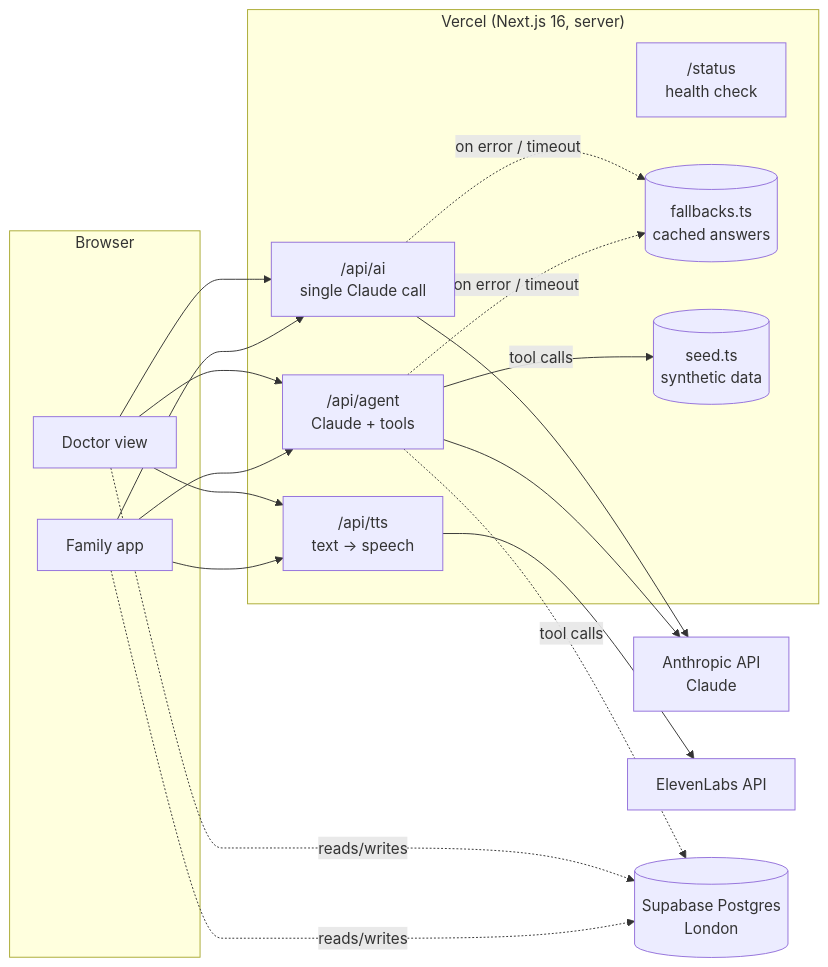
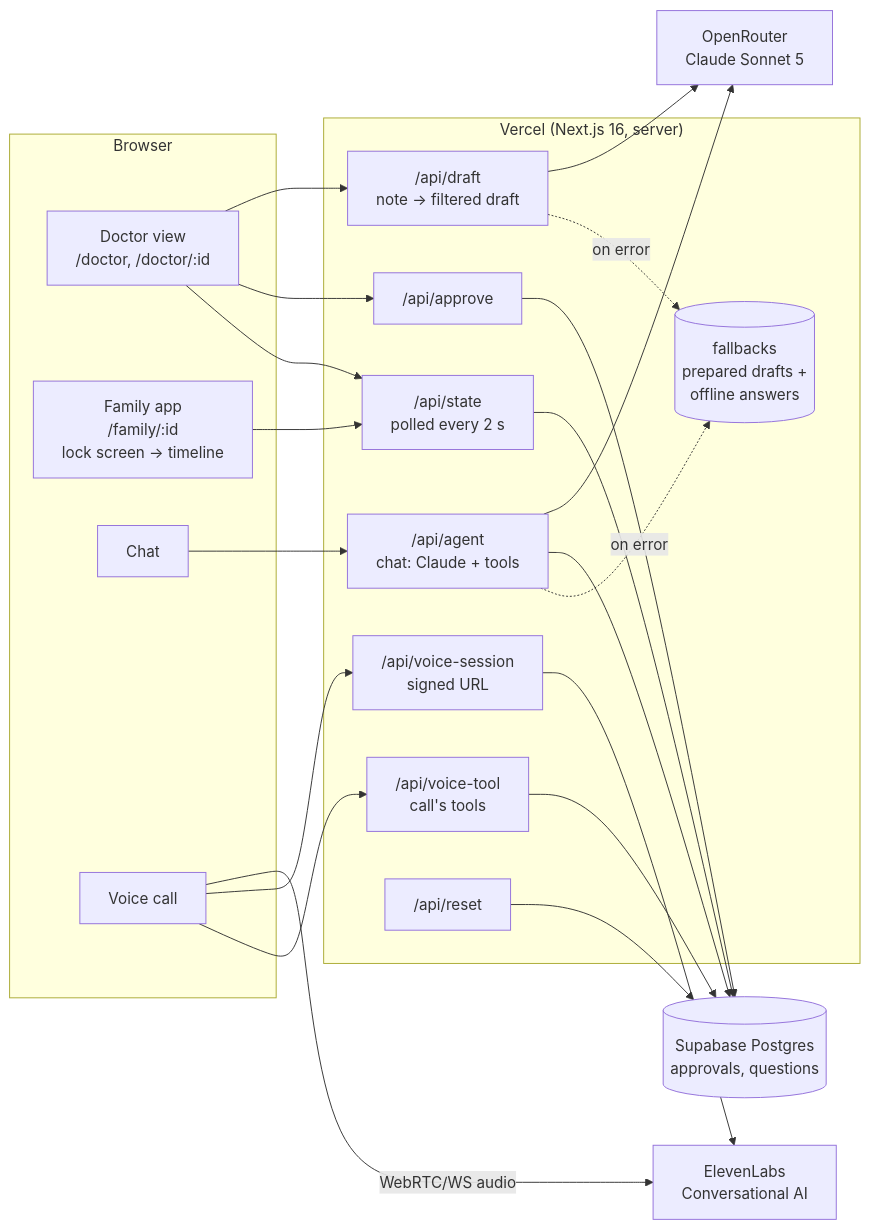
The diagram in docs/architecture.md (henrihorlitz/skyhack), drawn with Mermaid before and after one commit. The commit also changed other lines of this file and 1 other file, not shown here.

Commit message:
docs: README and architecture match the final build

````diff
--- a/docs/architecture.md
+++ b/docs/architecture.md
@@ -10,26 +10,32 @@
 ```mermaid
 flowchart LR
   subgraph Browser
-    D[Doctor view]
-    F[Family app]
+    D[Doctor view<br/>/doctor, /doctor/:id]
+    F[Family app<br/>/family/:id<br/>lock screen → timeline]
+    CH[Chat]
+    CA[Voice call]
   end
   subgraph Vercel["Vercel (Next.js 16, server)"]
-    AI["/api/ai<br/>single Claude call"]
-    AG["/api/agent<br/>Claude + tools"]
-    TTS["/api/tts<br/>text → speech"]
-    ST["/status<br/>health check"]
-    FB[("fallbacks.ts<br/>cached answers")]
-    SEED[("seed.ts<br/>synthetic data")]
+    DR["/api/draft<br/>note → filtered draft"]
+    AP["/api/approve"]
+    STt["/api/state<br/>polled every 2 s"]
+    AG["/api/agent<br/>chat: Claude + tools"]
+    VS["/api/voice-session<br/>signed URL"]
+    VT["/api/voice-tool<br/>call's tools"]
+    RS["/api/reset"]
+    FB[("fallbacks<br/>prepared drafts +<br/>offline answers")]
   end
-  C[Anthropic API<br/>Claude]
-  E[ElevenLabs API]
-  S[(Supabase Postgres<br/>London)]
+  OR[OpenRouter<br/>Claude Sonnet 5]
+  EL[ElevenLabs<br/>Conversational AI]
+  S[(Supabase Postgres<br/>approvals, questions)]
 
-  D & F --> AI & AG & TTS
-  AI & AG --> C
-  AG -- tool calls --> SEED
-  AG -. tool calls .-> S
-  TTS --> E
-  AI & AG -. on error / timeout .-> FB
-  D & F -. reads/writes .-> S
+  D --> DR & AP & STt
+  F --> STt
+  CH --> AG
+  CA -- WebRTC/WS audio --> EL
+  CA --> VS & VT
+  DR & AG --> OR
+  VS --> EL
+  AP & STt & AG & VT & RS --> S
+  DR & AG -. on error .-> FB
 ```
````
